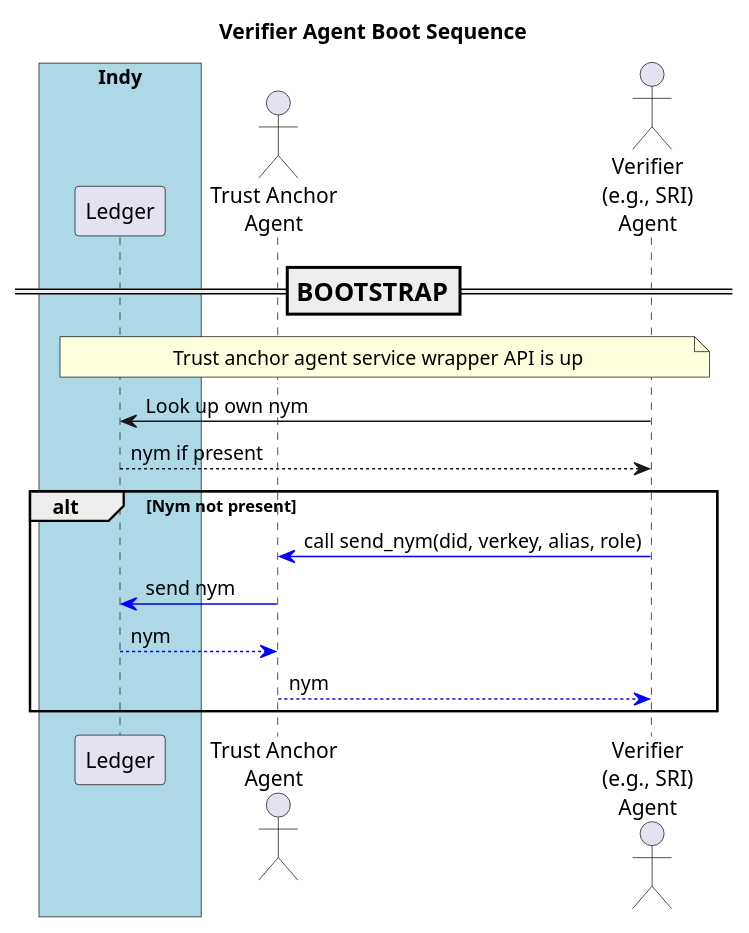
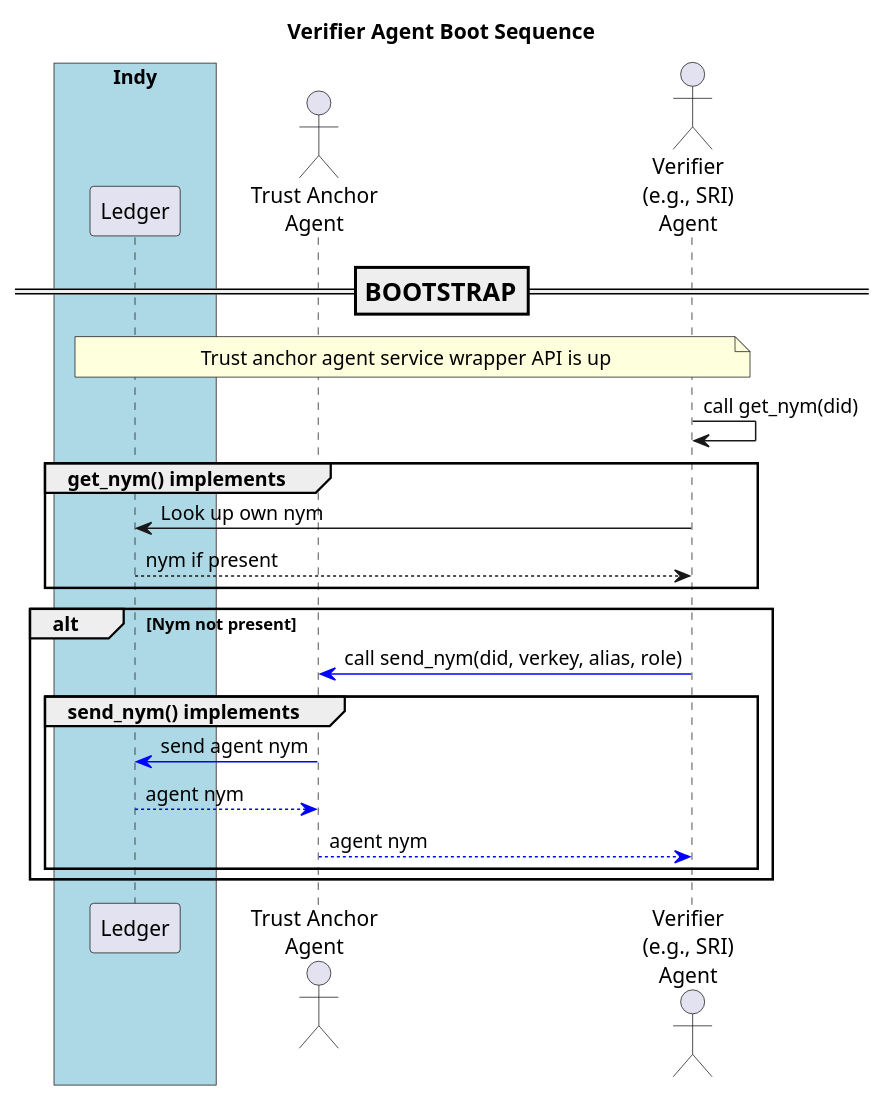
One commit to PSPC-SPAC-buyandsell/von_base changed the diagram in doc/pic/src/boot.verifier.puml. Above: the diagram before and after it, drawn with PlantUML. The commit also changed 25 other files, not shown here.

```diff
--- a/doc/pic/src/boot.verifier.puml
+++ b/doc/pic/src/boot.verifier.puml
@@ -1,44 +1,49 @@
 @startuml
 /'
 Copyright 2017-2018 Government of Canada - Public Services and Procurement Canada - buyandsell.gc.ca
 
 Licensed under the Apache License, Version 2.0 (the "License");
 you may not use this file except in compliance with the License.
 You may obtain a copy of the License at
 
 http://www.apache.org/licenses/LICENSE-2.0
 
 Unless required by applicable law or agreed to in writing, software
 distributed under the License is distributed on an "AS IS" BASIS,
 WITHOUT WARRANTIES OR CONDITIONS OF ANY KIND, either express or implied.
 See the License for the specific language governing permissions and
 limitations under the License.
 '/
 
 skinparam ParticipantPadding 20
 skinparam BaloxPadding 20
 
 title Verifier Agent Boot Sequence
 
 
 box "Indy" #LightBlue
     participant "Ledger" as ledger
 endbox
 actor "Trust Anchor\nAgent" as tag
 actor "Verifier\n(e.g., SRI)\nAgent" as sag
 
 === BOOTSTRAP ==
 note over ledger, sag
 Trust anchor agent service wrapper API is up
 endnote
 
-sag -> ledger: Look up own nym
-ledger --> sag: nym if present
+sag -> sag: call get_nym(did)
+group get_nym() implements
+    sag -> ledger: Look up own nym
+    ledger --> sag: nym if present
+end
 alt Nym not present
     sag -[#blue]> tag: call send_nym(did, verkey, alias, role)
-    tag -[#blue]> ledger: send nym
-    ledger --[#blue]> tag: nym
-    tag --[#blue]> sag: nym
+    group send_nym() implements
+        tag -[#blue]> ledger: send agent nym
+        ledger --[#blue]> tag: agent nym
+        tag --[#blue]> sag: agent nym
+    end
 end
 
 @enduml
```
